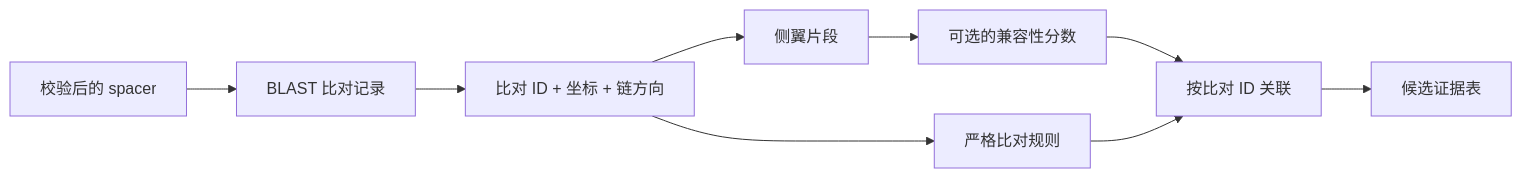
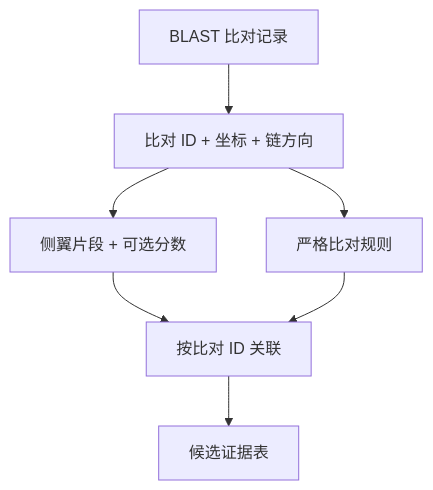
Before and after one commit to CatAlvin/CRISPR-PHI-Bert: the first of 2 diagrams in README.zh-CN.md, drawn with Mermaid. The commit also changed 1 other file, not shown here.

Commit message:
Improve bilingual alignment diagrams for GitHub reading width

````diff
--- a/README.zh-CN.md
+++ b/README.zh-CN.md
@@ -31,11 +31,9 @@
 ```mermaid
-flowchart LR
-    A[校验后的 spacer] --> B[BLAST 比对记录]
-    B --> C[比对 ID + 坐标 + 链方向]
-    C --> D[侧翼片段]
-    D --> E[可选的兼容性分数]
-    C --> F[严格比对规则]
-    E --> G[按比对 ID 关联]
-    F --> G
-    G --> H[候选证据表]
+flowchart TD
+    A[BLAST 比对记录] --> B[比对 ID + 坐标 + 链方向]
+    B --> C[侧翼片段 + 可选分数]
+    B --> D[严格比对规则]
+    C --> E[按比对 ID 关联]
+    D --> E
+    E --> F[候选证据表]
 ```
````
